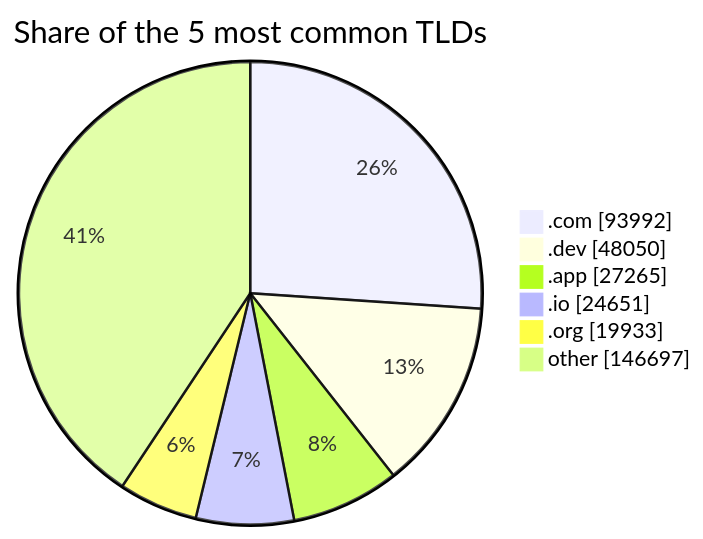
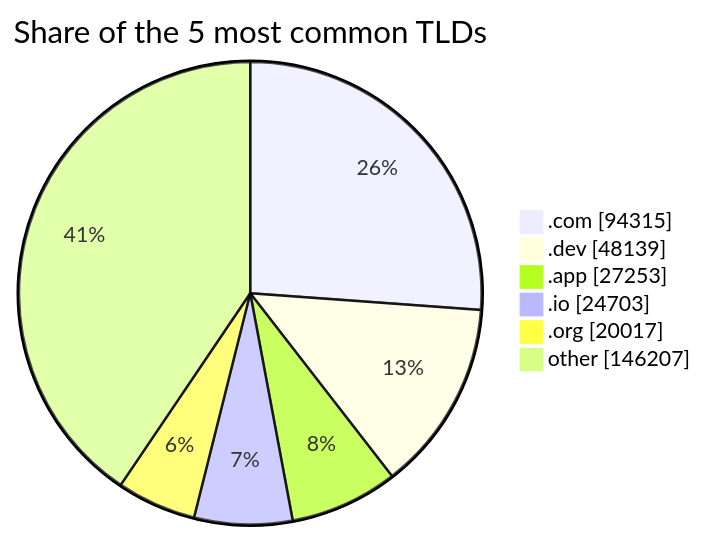
The third of 3 diagrams in README.md (DNSBunker/CTI), drawn with Mermaid before and after one commit. The commit also changed other lines of this file and 3 other files, not shown here.

````diff
--- a/README.md
+++ b/README.md
@@ -81,9 +81,9 @@
 ```mermaid
 pie showData title Share of the 5 most common TLDs
-    ".com" : 93992
-    ".dev" : 48050
-    ".app" : 27265
-    ".io" : 24651
-    ".org" : 19933
-    "other" : 146697
+    ".com" : 94315
+    ".dev" : 48139
+    ".app" : 27253
+    ".io" : 24703
+    ".org" : 20017
+    "other" : 146207
 ```
````
